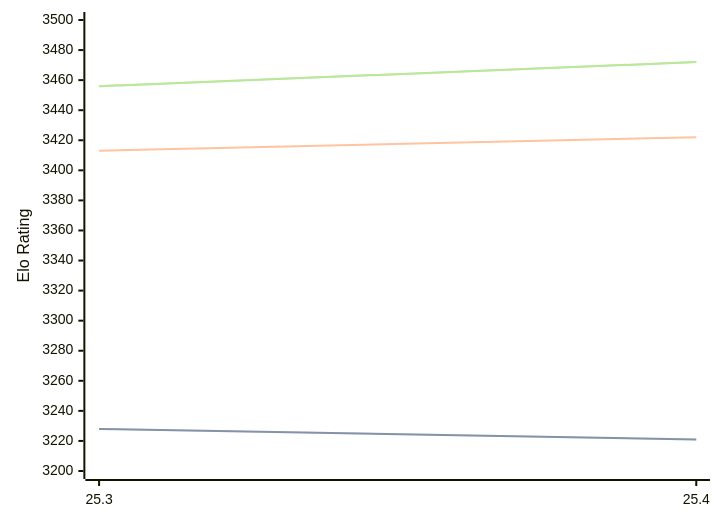
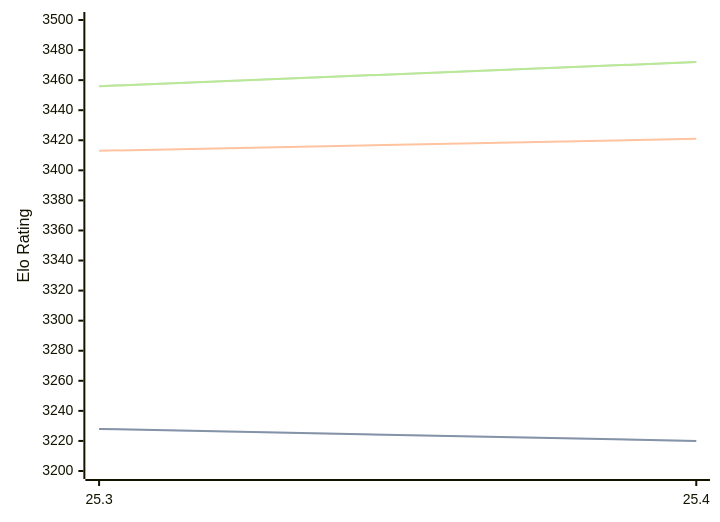
Before and after one commit to computer-chess-index/cci: the third of 3 diagrams in engines/Arasan.md, drawn with Mermaid. The commit also changed other lines of this file, not shown here.

````diff
--- a/engines/Arasan.md
+++ b/engines/Arasan.md
@@ -66,11 +66,11 @@
 ```mermaid
 %%{init: {"theme":"base","themeVariables":{"seriesColors:['#a3a3a3','#222221','#faa371']}}}%%
 xychart-beta
   x-axis ["25.3", "25.4"]
   y-axis "Elo Rating" 3200 --> 3500
-  line "STC (8.0+0.08s)" [3228, 3221]
-  line "STC (8.0+0.08s)" [3228, 3221]
-  line "LTC (60.0+0.60s)" [3413, 3422]
+  line "STC (8.0+0.08s)" [3228, 3220]
+  line "STC (8.0+0.08s)" [3228, 3220]
+  line "LTC (60.0+0.60s)" [3413, 3421]
   line "VLTC (2m24s+1.12s)" [3456, 3472]
   line "VLTC (2m24s+1.12s)" [3456, 3472]
 ```
````
